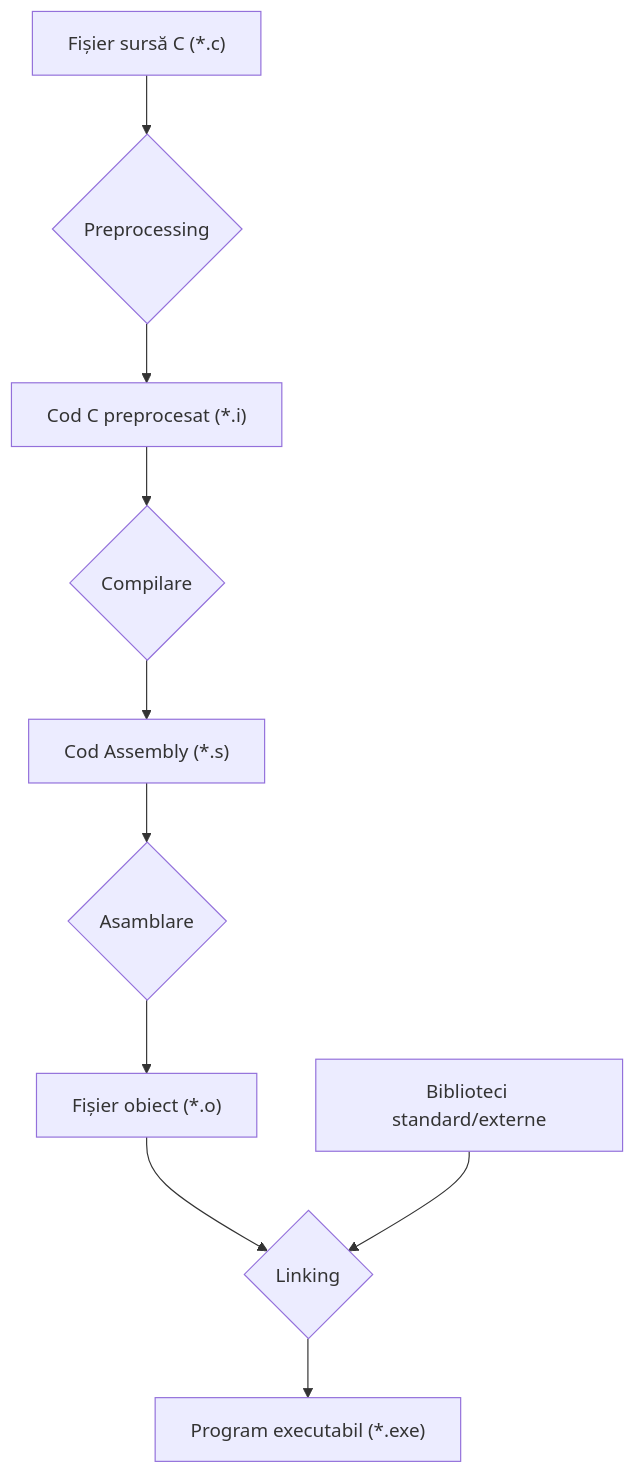
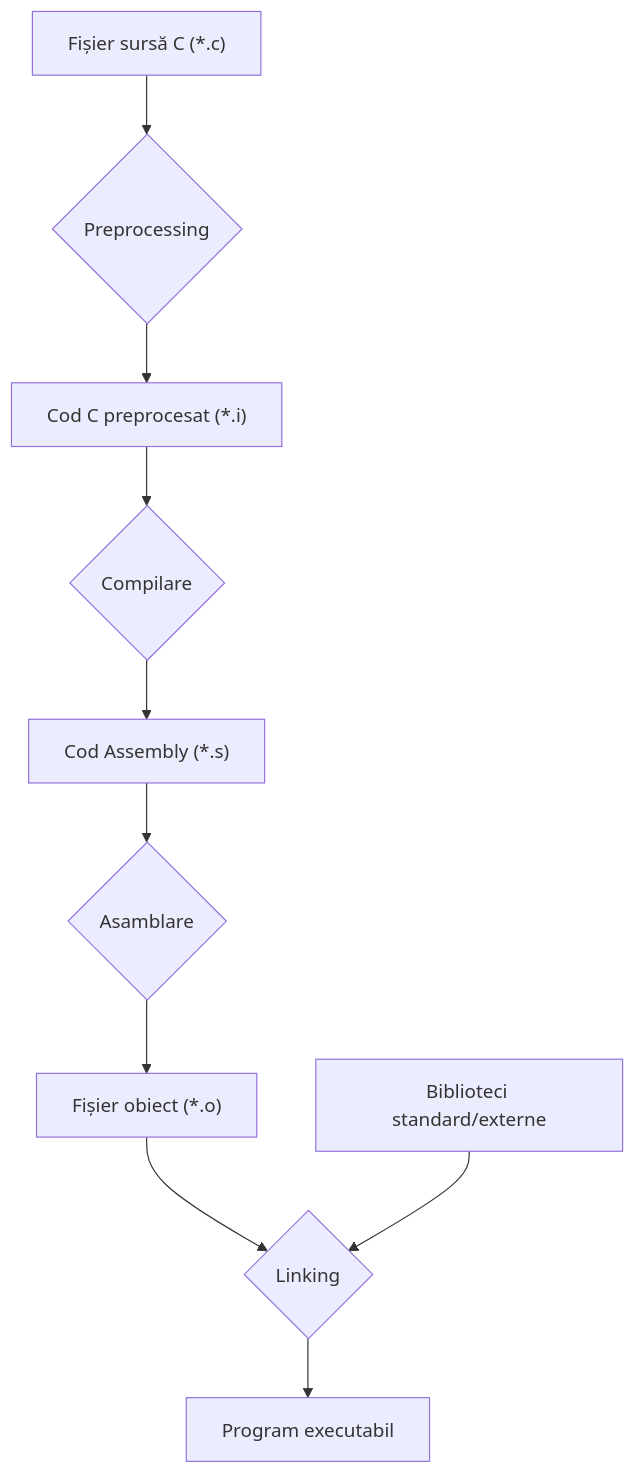
One commit to cristi-usm/programming-fundamentals changed the diagram in slides/01-intro/slides.md. Above: the diagram before and after it, drawn with Mermaid. The commit also changed other lines of this file and 1 other file, not shown here.

````diff
--- a/slides/01-intro/slides.md
+++ b/slides/01-intro/slides.md
@@ -121,12 +677,12 @@
 ```mermaid{theme: 'neutral', scale: 0.45}
 graph TD
     A["Fișier sursă C (*.c)"] --> B{"Preprocessing"};
     B --> C["Cod C preprocesat (*.i)"];
     C --> D{"Compilare"};
     D --> E["Cod Assembly (*.s)"];
     E --> F{"Asamblare"};
     F --> G["Fișier obiect (*.o)"];
     G --> H{"Linking"};
     I["Biblioteci standard/externe"] --> H;
-    H --> J["Program executabil (*.exe)"];
+    H --> J["Program executabil"];
 ```
````
